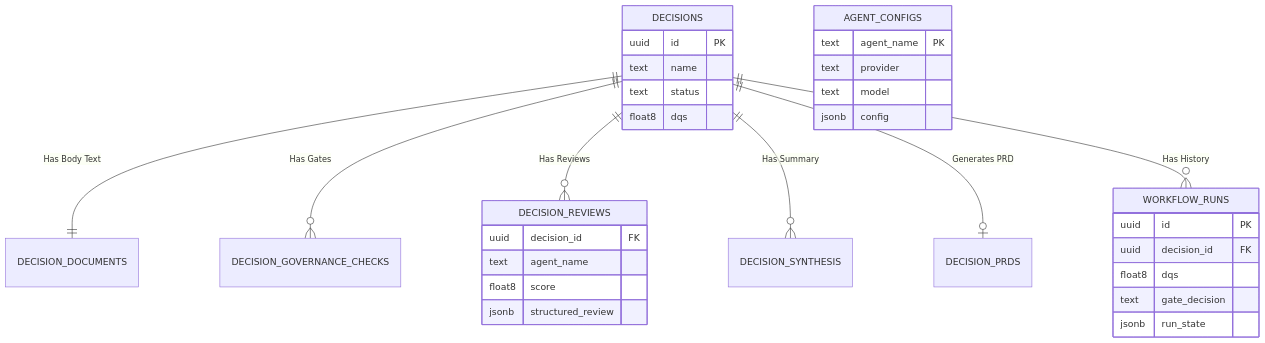
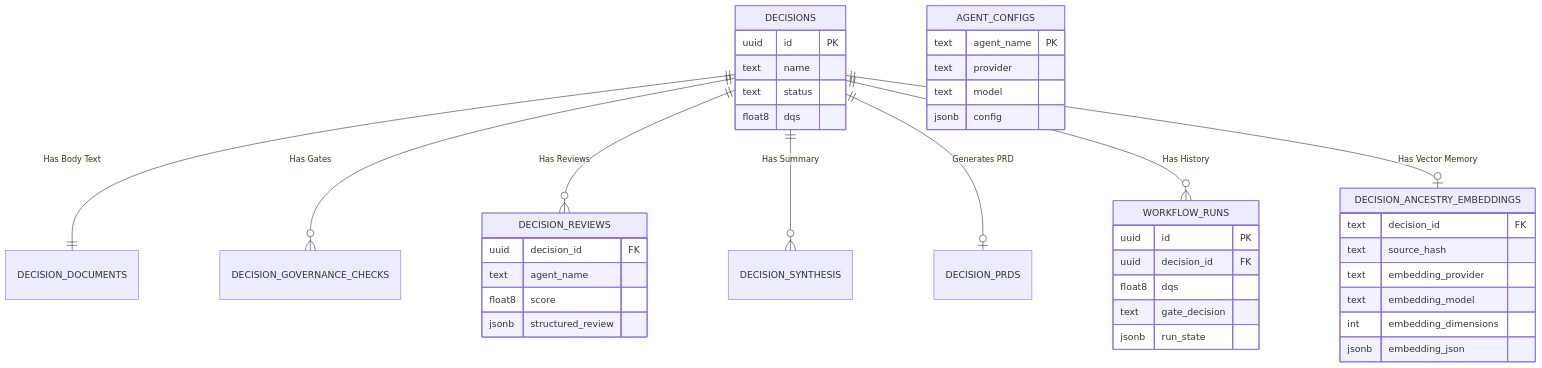
The diagram in docs/data-model.md (0xregulus/boardroom), drawn with Mermaid before and after one commit. The commit also changed other lines of this file and 60 other files, not shown here.

````diff
--- a/docs/data-model.md
+++ b/docs/data-model.md
@@ -6,35 +6,44 @@
 ```mermaid
 erDiagram
     DECISIONS ||--|| DECISION_DOCUMENTS : "Has Body Text"
     DECISIONS ||--o{ DECISION_GOVERNANCE_CHECKS : "Has Gates"
     DECISIONS ||--o{ DECISION_REVIEWS : "Has Reviews"
     DECISIONS ||--o{ DECISION_SYNTHESIS : "Has Summary"
     DECISIONS ||--o| DECISION_PRDS : "Generates PRD"
     DECISIONS ||--o{ WORKFLOW_RUNS : "Has History"
+    DECISIONS ||--o| DECISION_ANCESTRY_EMBEDDINGS : "Has Vector Memory"
 
     DECISIONS {
         uuid id PK
         text name
         text status
         float8 dqs
     }
     DECISION_REVIEWS {
         uuid decision_id FK
         text agent_name
         float8 score
         jsonb structured_review
     }
     WORKFLOW_RUNS {
         uuid id PK
         uuid decision_id FK
         float8 dqs
         text gate_decision
         jsonb run_state
     }
     AGENT_CONFIGS {
         text agent_name PK
         text provider
         text model
         jsonb config
     }
+    DECISION_ANCESTRY_EMBEDDINGS {
+        text decision_id FK
+        text source_hash
+        text embedding_provider
+        text embedding_model
+        int embedding_dimensions
+        jsonb embedding_json
+    }
 ```
````
